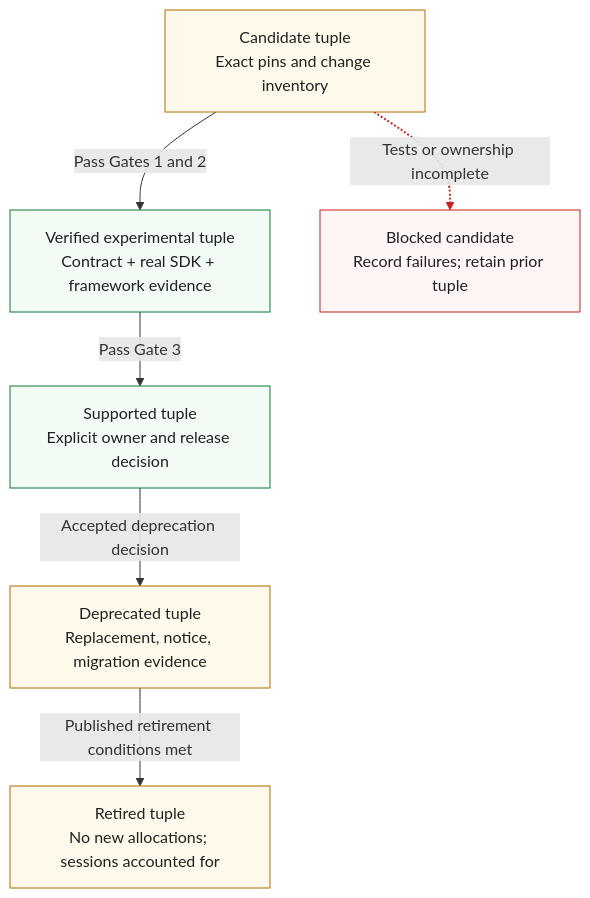
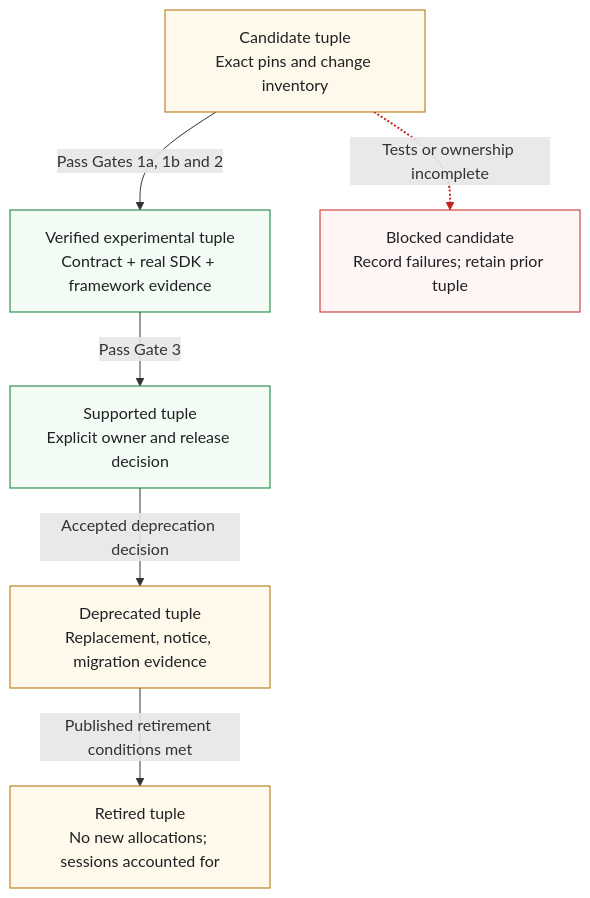
Before and after one commit to opensandbox-group/OpenSandbox: the third of 3 diagrams in oseps/0027-optional-e2b-compatibility.md, drawn with Mermaid. The commit also changed other lines of this file and 1 other file, not shown here.

````diff
--- a/oseps/0027-optional-e2b-compatibility.md
+++ b/oseps/0027-optional-e2b-compatibility.md
@@ -403,21 +420,21 @@
 ```mermaid
 flowchart TB
     Candidate["Candidate tuple<br/>Exact pins and change inventory"]
     Verified["Verified experimental tuple<br/>Contract + real SDK + framework evidence"]
     Supported["Supported tuple<br/>Explicit owner and release decision"]
     Deprecated["Deprecated tuple<br/>Replacement, notice, migration evidence"]
     Retired["Retired tuple<br/>No new allocations; sessions accounted for"]
     Blocked["Blocked candidate<br/>Record failures; retain prior tuple"]
-    Candidate -->|"Pass Gates 1 and 2"| Verified
+    Candidate -->|"Pass Gates 1a, 1b and 2"| Verified
     Verified -->|"Pass Gate 3"| Supported
     Supported -->|"Accepted deprecation decision"| Deprecated
     Deprecated -->|"Published retirement conditions met"| Retired
     Candidate -.->|"Tests or ownership incomplete"| Blocked
     classDef pending fill:#FFF9EB,stroke:#B26A00,color:#202124;
     classDef accepted fill:#F3FBF5,stroke:#0B7D35,color:#202124;
     classDef blocked fill:#FFF5F5,stroke:#C5221F,color:#202124;
     class Candidate,Deprecated,Retired pending;
     class Verified,Supported accepted;
     class Blocked blocked;
     linkStyle 4 stroke:#C5221F,stroke-width:2px;
 ```
````
